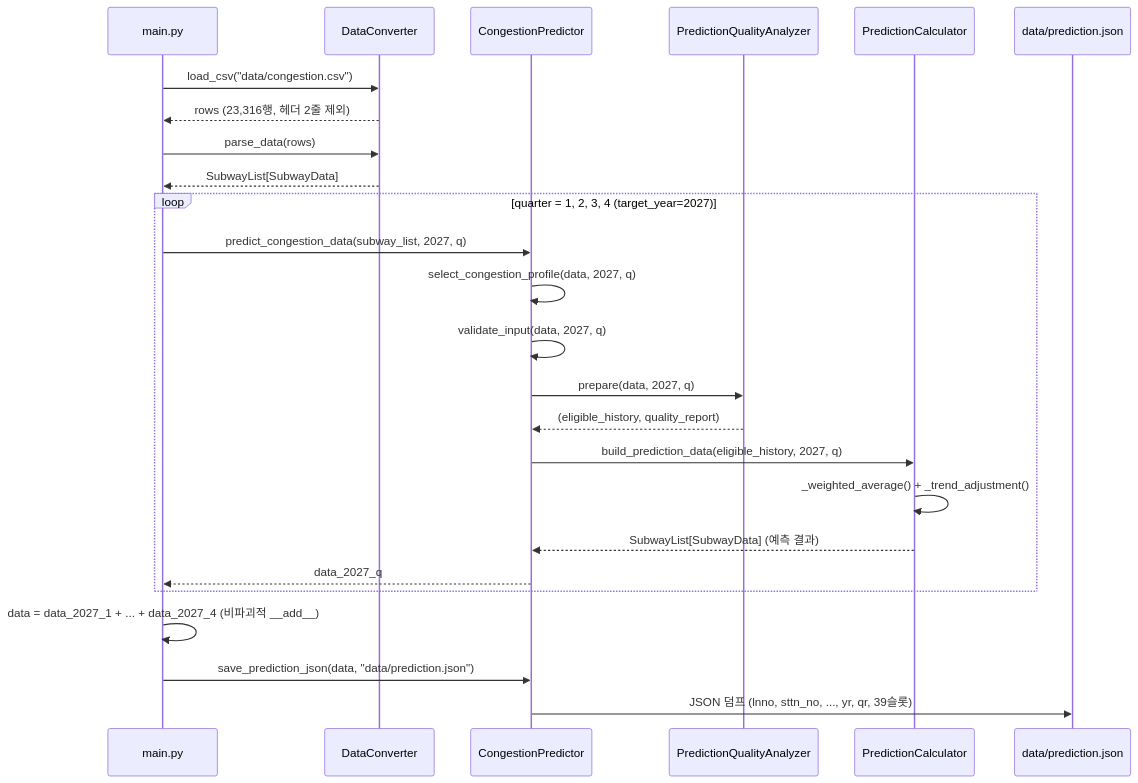
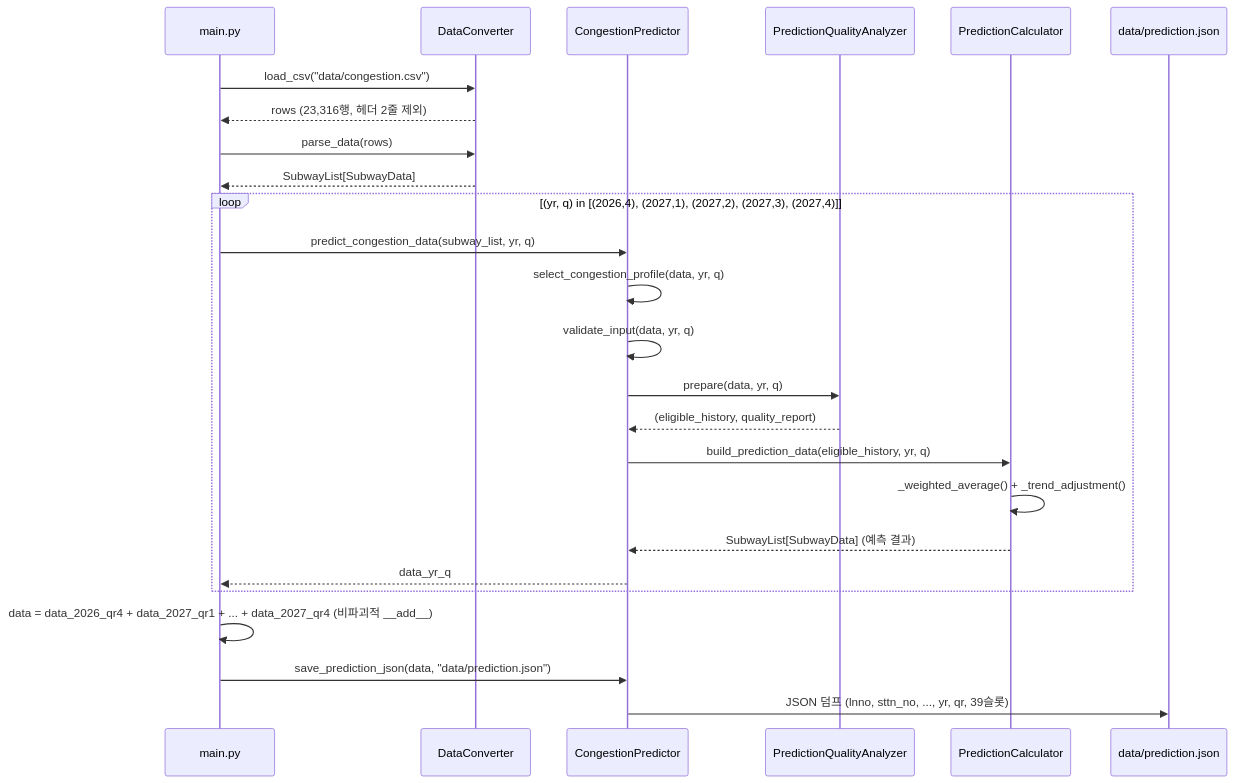
The second of 3 diagrams in FINAL.md (adogo006/subway-congestion-info), drawn with Mermaid before and after one commit. The commit also changed other lines of this file and 2 other files, not shown here.

````diff
--- a/FINAL.md
+++ b/FINAL.md
@@ -131,28 +134,28 @@
 ```mermaid
 sequenceDiagram
     participant Main as main.py
     participant DC as DataConverter
     participant CP as CongestionPredictor
     participant PQA as PredictionQualityAnalyzer
     participant PC as PredictionCalculator
     participant FS as data/prediction.json
 
     Main->>DC: load_csv("data/congestion.csv")
     DC-->>Main: rows (23,316행, 헤더 2줄 제외)
     Main->>DC: parse_data(rows)
     DC-->>Main: SubwayList[SubwayData]
-    loop quarter = 1, 2, 3, 4 (target_year=2027)
-        Main->>CP: predict_congestion_data(subway_list, 2027, q)
-        CP->>CP: select_congestion_profile(data, 2027, q)
-        CP->>CP: validate_input(data, 2027, q)
-        CP->>PQA: prepare(data, 2027, q)
+    loop (yr, q) in [(2026,4), (2027,1), (2027,2), (2027,3), (2027,4)]
+        Main->>CP: predict_congestion_data(subway_list, yr, q)
+        CP->>CP: select_congestion_profile(data, yr, q)
+        CP->>CP: validate_input(data, yr, q)
+        CP->>PQA: prepare(data, yr, q)
         PQA-->>CP: (eligible_history, quality_report)
-        CP->>PC: build_prediction_data(eligible_history, 2027, q)
+        CP->>PC: build_prediction_data(eligible_history, yr, q)
         PC->>PC: _weighted_average() + _trend_adjustment()
         PC-->>CP: SubwayList[SubwayData] (예측 결과)
-        CP-->>Main: data_2027_q
+        CP-->>Main: data_yr_q
     end
-    Main->>Main: data = data_2027_1 + ... + data_2027_4 (비파괴적 __add__)
+    Main->>Main: data = data_2026_qr4 + data_2027_qr1 + ... + data_2027_qr4 (비파괴적 __add__)
     Main->>CP: save_prediction_json(data, "data/prediction.json")
     CP->>FS: JSON 덤프 (lnno, sttn_no, ..., yr, qr, 39슬롯)
 ```
````
